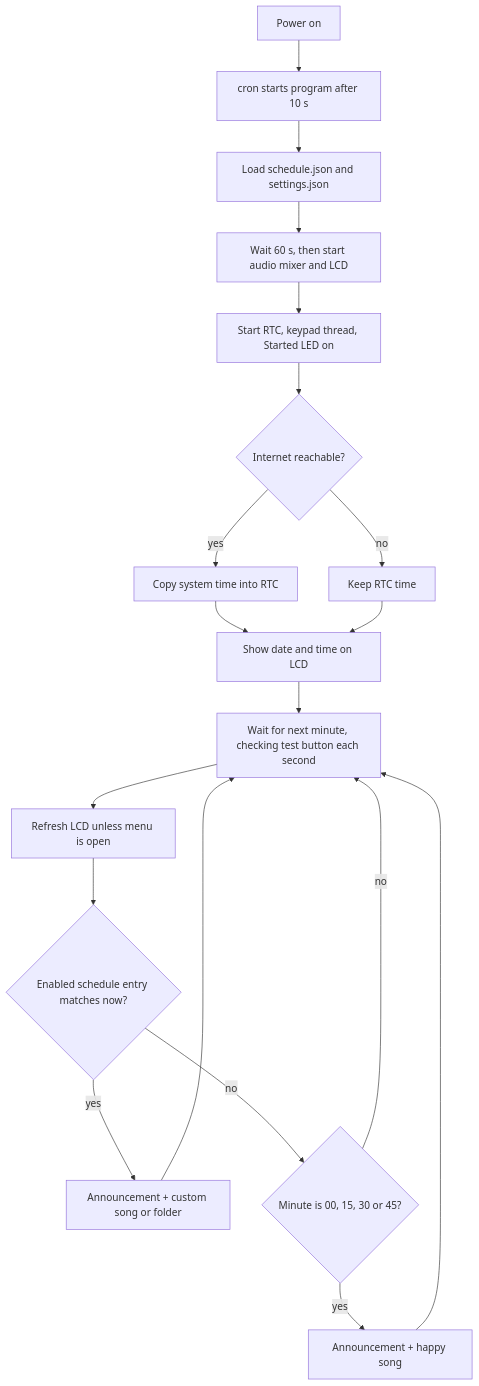
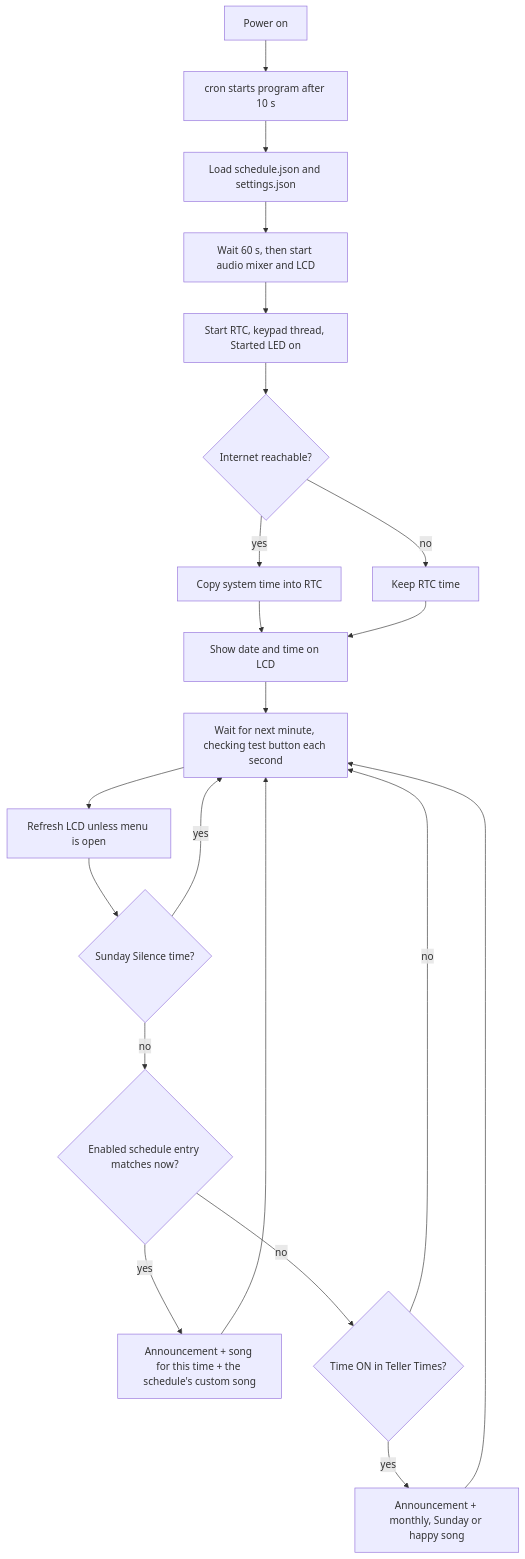
The diagram in README.md (gokulhari012/time-teller-clock), drawn with Mermaid before and after one commit. The commit also changed other lines of this file and 10 other files, not shown here.

Commit message:
Major changes for monthly, sunday, happy songs changes. and lcd changes.

````diff
--- a/README.md
+++ b/README.md
@@ -72,21 +104,23 @@
 ```mermaid
 flowchart TD
     A["Power on"] --> B["cron starts program after 10 s"]
     B --> C["Load schedule.json and settings.json"]
     C --> D["Wait 60 s, then start audio mixer and LCD"]
     D --> E["Start RTC, keypad thread, Started LED on"]
     E --> F{"Internet reachable?"}
     F -- yes --> G["Copy system time into RTC"]
     F -- no --> H["Keep RTC time"]
     G --> I["Show date and time on LCD"]
     H --> I
     I --> J["Wait for next minute, checking test button each second"]
     J --> K["Refresh LCD unless menu is open"]
-    K --> L{"Enabled schedule entry matches now?"}
-    L -- yes --> M["Announcement + custom song or folder"]
-    L -- no --> N{"Minute is 00, 15, 30 or 45?"}
-    N -- yes --> O["Announcement + happy song"]
+    K --> S{"Sunday Silence time?"}
+    S -- yes --> J
+    S -- no --> L{"Enabled schedule entry matches now?"}
+    L -- yes --> M["Announcement + song for this time + the schedule's custom song"]
+    L -- no --> N{"Time ON in Teller Times?"}
+    N -- yes --> O["Announcement + monthly, Sunday or happy song"]
     N -- no --> J
     M --> J
     O --> J
 ```
````
